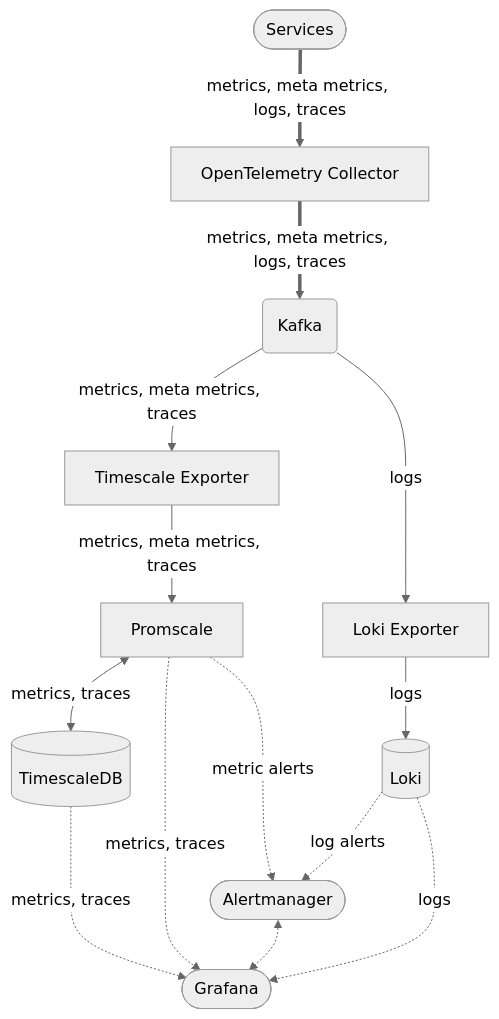
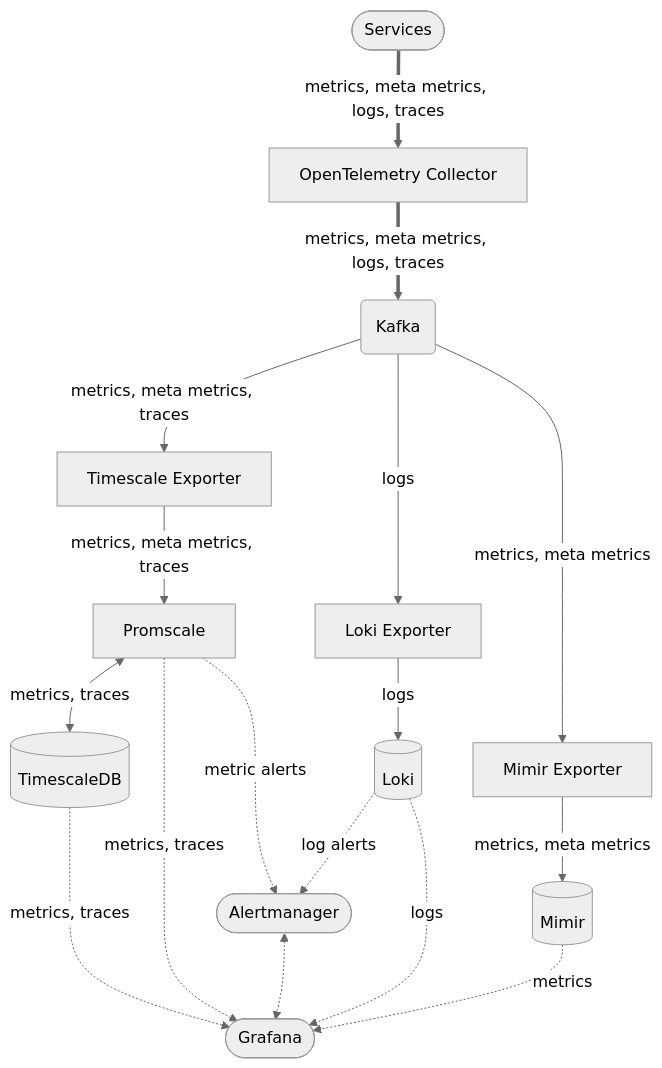
One commit to lhns/otel-stack-swarm changed the diagram in README.md. Above: the diagram before and after it, drawn with Mermaid (neutral theme). The commit also changed 1 other file, not shown here.

Commit message:
kafka-create-topics.sh

````diff
--- a/README.md
+++ b/README.md
@@ -3,20 +3,23 @@
 ```mermaid
 flowchart TD
     services([Services])
     otel-collector[OpenTelemetry Collector]
     kafka(Kafka)
     timescale-exporter[Timescale Exporter]
     promscale[Promscale]
     timescaledb[(TimescaleDB)]
     alertmanager([Alertmanager])
     loki-exporter[Loki Exporter]
     loki[(Loki)]
+    mimir-exporter[Mimir Exporter]
+    mimir[(Mimir)]
     grafana([Grafana])
     services ==>|metrics, meta metrics, logs, traces| otel-collector ==>|metrics, meta metrics, logs, traces| kafka
     promscale <-->|metrics, traces| timescaledb -..->|metrics, traces| grafana
     kafka -->|metrics, meta metrics, traces| timescale-exporter -->|metrics, meta metrics, traces| promscale -.->|metrics, traces| grafana
     loki -.->|log alerts| alertmanager
     promscale -.->|metric alerts| alertmanager
     alertmanager <-.-> grafana
     kafka -->|logs| loki-exporter -->|logs| loki -.->|logs| grafana
+    kafka -->|metrics, meta metrics| mimir-exporter -->|metrics, meta metrics| mimir -.->|metrics| grafana
 ```
````
